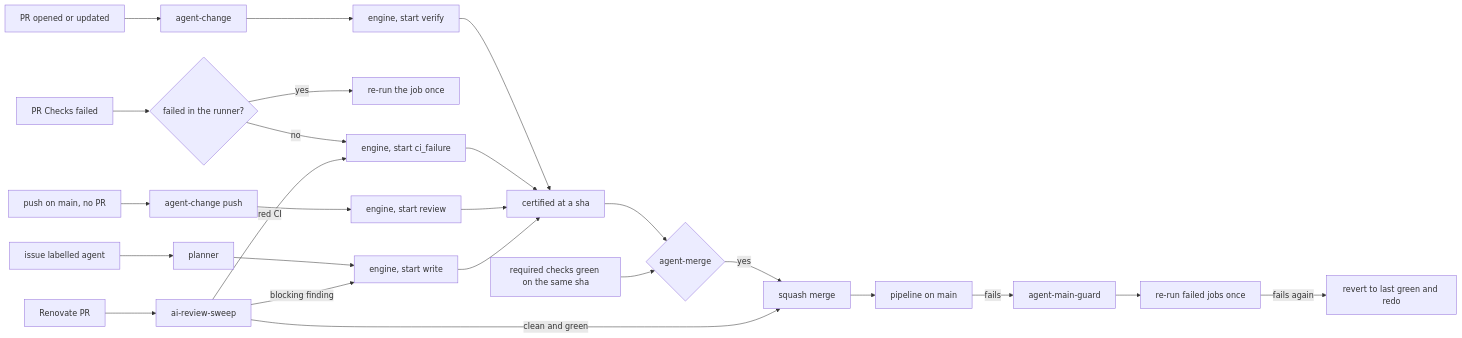
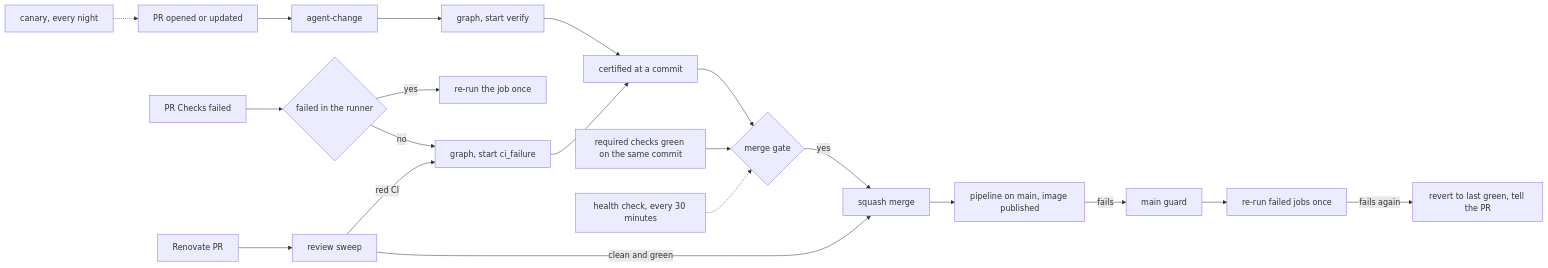
One commit to lorenzogirardi/website changed the third of 3 diagrams in content/posts/autopsy-of-an-agentic-loop.md. Above: the diagram before and after it, drawn with Mermaid. The commit also changed other lines of this file and 6 other files, not shown here.

First line of the commit message:
post(autopsy): rewrite around the agentic flow and eight use cases

```diff
--- a/content/posts/autopsy-of-an-agentic-loop.md
+++ b/content/posts/autopsy-of-an-agentic-loop.md
@@ -158,27 +168,22 @@
 {{< mermaid >}}
 flowchart LR
     PR[PR opened or updated] --> AC[agent-change]
-    AC --> G1[engine, start verify]
-    CIF[PR Checks failed] --> INF{failed in the runner?}
+    AC --> G1[graph, start verify]
+    CIF[PR Checks failed] --> INF{failed in the runner}
     INF -->|yes| RR[re-run the job once]
-    INF -->|no| G2[engine, start ci_failure]
-    PUSH[push on main, no PR] --> ACP[agent-change push]
-    ACP --> G3[engine, start review]
-    ISS[issue labelled agent] --> PL[planner]
-    PL --> G4[engine, start write]
-    G1 --> CERT[certified at a sha]
+    INF -->|no| G2[graph, start ci_failure]
+    REN[Renovate PR] --> SW[review sweep]
+    G1 --> CERT[certified at a commit]
     G2 --> CERT
-    G3 --> CERT
-    G4 --> CERT
-    CERT --> MG{agent-merge}
-    CI[required checks green on the same sha] --> MG
+    CERT --> MG{merge gate}
+    CI[required checks green on the same commit] --> MG
     MG -->|yes| MERGED[squash merge]
-    REN[Renovate PR] --> SW[ai-review-sweep]
     SW -->|clean and green| MERGED
     SW -->|red CI| G2
-    SW -->|blocking finding| G4
-    MERGED --> PIPE[pipeline on main]
-    PIPE -->|fails| GUARD[agent-main-guard]
+    MERGED --> PIPE[pipeline on main, image published]
+    PIPE -->|fails| GUARD[main guard]
     GUARD --> RERUN[re-run failed jobs once]
-    RERUN -->|fails again| REVERT[revert to last green and redo]
+    RERUN -->|fails again| REVERT[revert to last green, tell the PR]
+    HEALTH[health check, every 30 minutes] -.-> MG
+    CANARY[canary, every night] -.-> PR
 {{< /mermaid >}}
```
